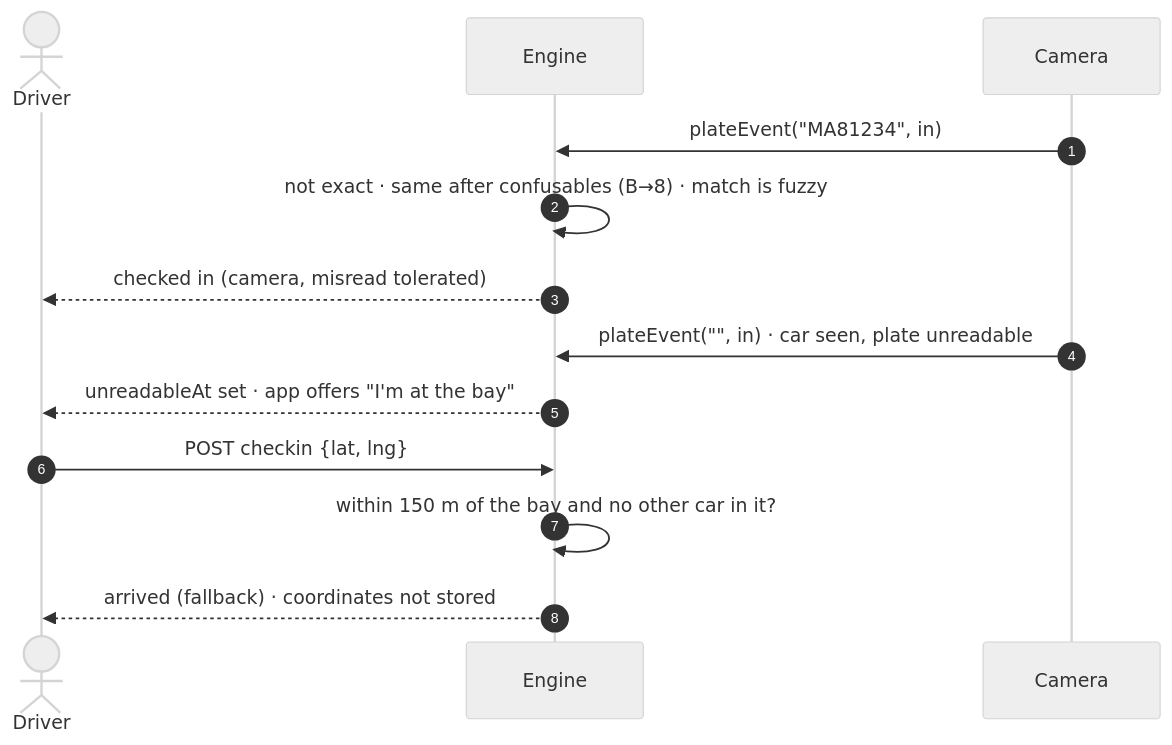
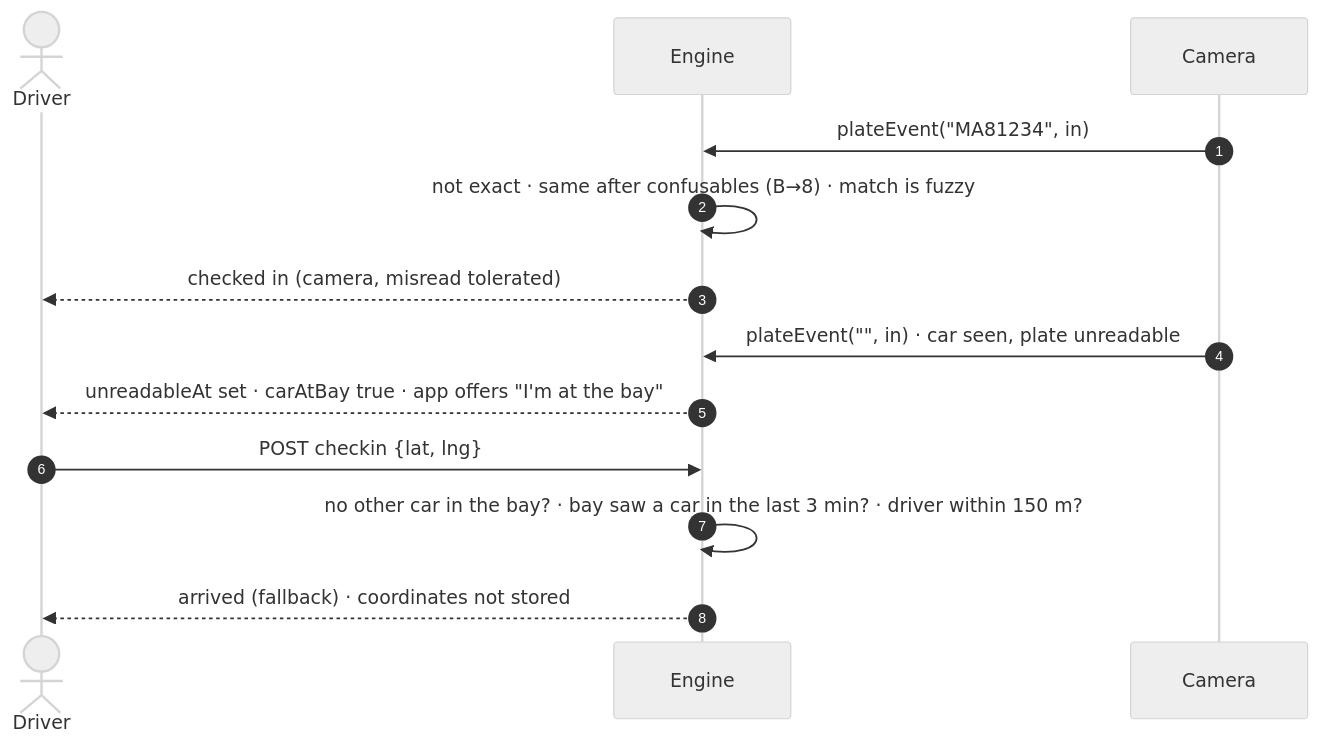
One commit to mohamedaminehamdi/BayWatch changed the second of 9 diagrams in docs/data-flows.md. Above: the diagram before and after it, drawn with Mermaid (neutral theme). The commit also changed other lines of this file and 80 other files, not shown here.

````diff
--- a/docs/data-flows.md
+++ b/docs/data-flows.md
@@ -47,15 +54,15 @@
 ```mermaid
 sequenceDiagram
   autonumber
   actor D as Driver
   participant E as Engine
   participant CAM as Camera
   CAM->>E: plateEvent("MA81234", in)
   E->>E: not exact · same after confusables (B→8) · match is fuzzy
   E-->>D: checked in (camera, misread tolerated)
   CAM->>E: plateEvent("", in) · car seen, plate unreadable
-  E-->>D: unreadableAt set · app offers "I'm at the bay"
+  E-->>D: unreadableAt set · carAtBay true · app offers "I'm at the bay"
   D->>E: POST checkin {lat, lng}
-  E->>E: within 150 m of the bay and no other car in it?
+  E->>E: no other car in the bay? · bay saw a car in the last 3 min? · driver within 150 m?
   E-->>D: arrived (fallback) · coordinates not stored
 ```
````
